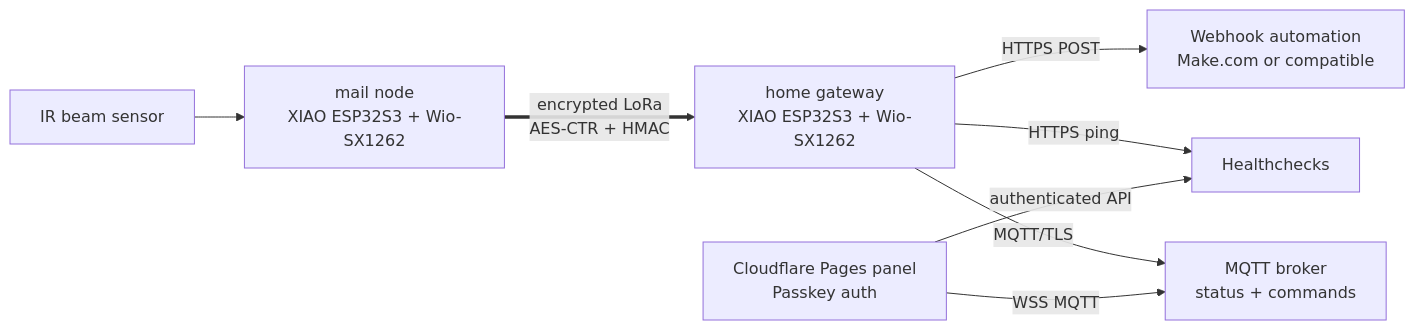
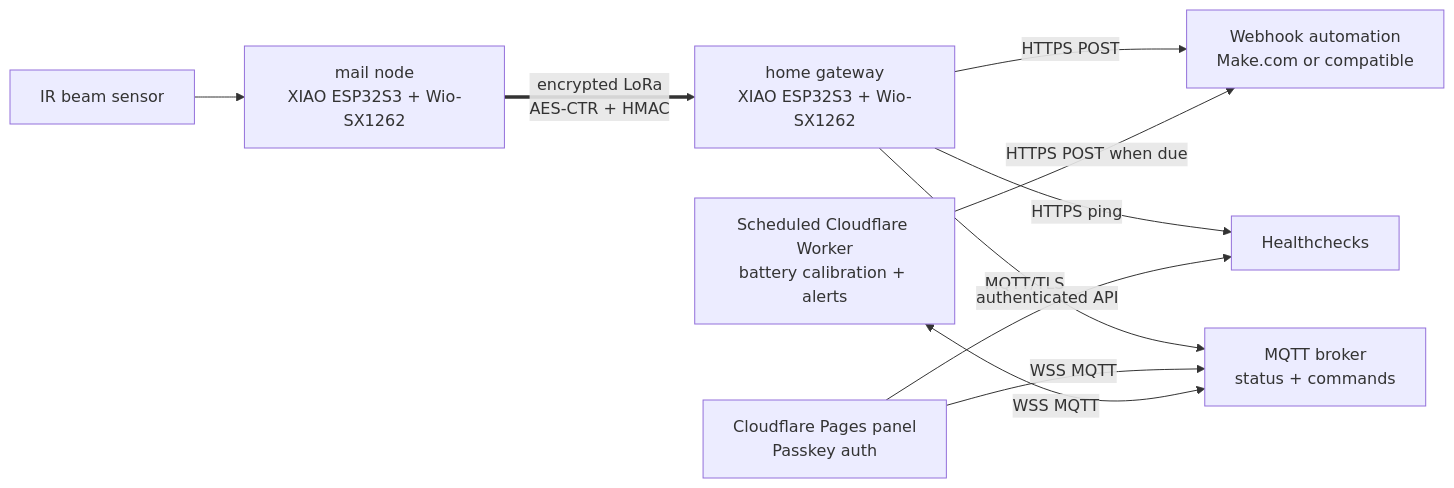
Before and after one commit to feierbuqiu/lora-mailbox-gateway: the diagram in docs/architecture.md, drawn with Mermaid. The commit also changed other lines of this file and 23 other files, not shown here.

````diff
--- a/docs/architecture.md
+++ b/docs/architecture.md
@@ -3,10 +3,12 @@
 ```mermaid
 flowchart LR
   sensor["IR beam sensor"] --> mail["mail node\nXIAO ESP32S3 + Wio-SX1262"]
   mail == "encrypted LoRa\nAES-CTR + HMAC" ==> home["home gateway\nXIAO ESP32S3 + Wio-SX1262"]
   home -->|"HTTPS POST"| webhook["Webhook automation\nMake.com or compatible"]
   home -->|"HTTPS ping"| healthchecks["Healthchecks"]
   home -->|"MQTT/TLS"| mqtt["MQTT broker\nstatus + commands"]
   panel["Cloudflare Pages panel\nPasskey auth"] -->|"WSS MQTT"| mqtt
   panel -->|"authenticated API"| healthchecks
+  battery["Scheduled Cloudflare Worker\nbattery calibration + alerts"] <-->|"WSS MQTT"| mqtt
+  battery -->|"HTTPS POST when due"| webhook
 ```
````
